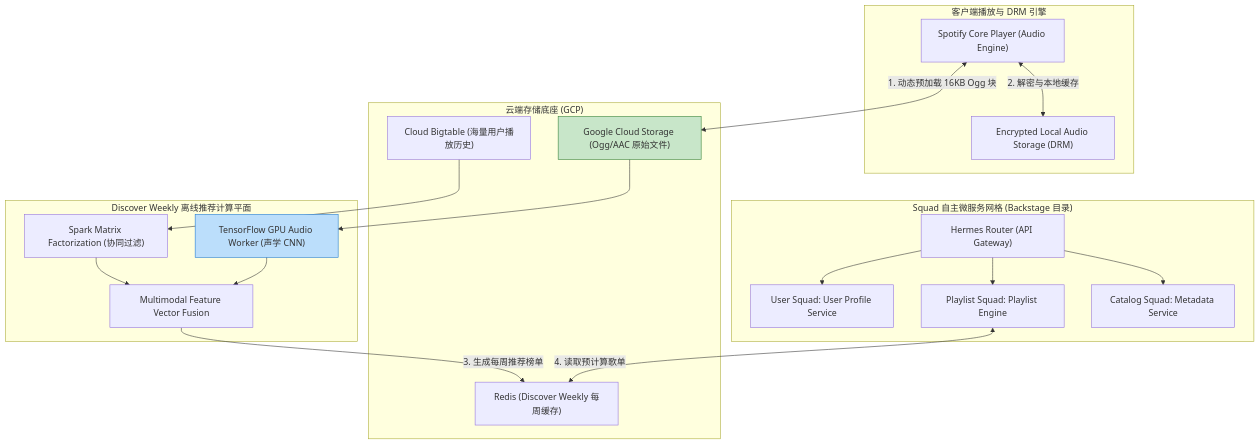
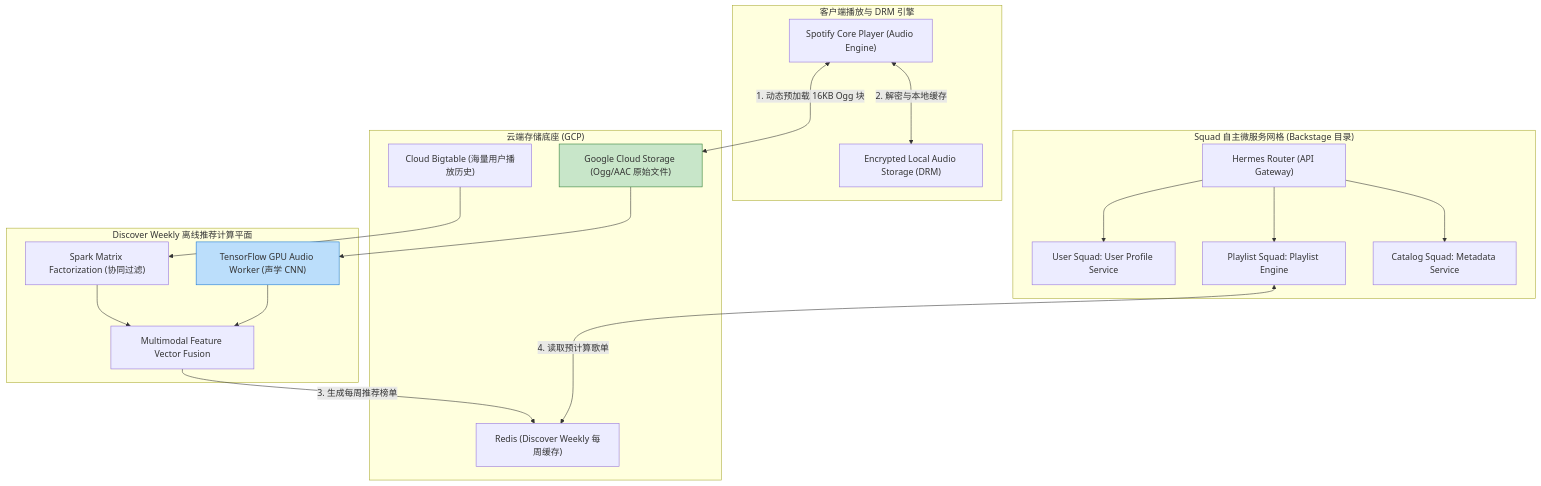
Before and after one commit to koosai/AI-Architect-Learning: the fourth of 6 diagrams in docs/atlas/spotify.mdx, drawn with Mermaid. The commit also changed other lines of this file and 68 other files, not shown here.

Commit message:
fix(atlas): fix browser client-side Mermaid rendering for mindmaps and flowcharts across 67 case studies

````diff
--- a/docs/atlas/spotify.mdx
+++ b/docs/atlas/spotify.mdx
@@ -123,40 +123,40 @@
 ```mermaid
 graph TB
   subgraph ClientLayer["客户端播放与 DRM 引擎"]
     PlayerCore["Spotify Core Player (Audio Engine)"]
     DRMCache["Encrypted Local Audio Storage (DRM)"]
   end
 
   subgraph ServiceGrid["Squad 自主微服务网格 (Backstage 目录)"]
     HermesGateway["Hermes Router (API Gateway)"]
     UserService["User Squad: User Profile Service"]
     PlaylistService["Playlist Squad: Playlist Engine"]
     AudioMetadataService["Catalog Squad: Metadata Service"]
   end
 
   subgraph AIComputePlane["Discover Weekly 离线推荐计算平面"]
     SparkALS["Spark Matrix Factorization (协同过滤)"]
     AudioCNNCluster["TensorFlow GPU Audio Worker (声学 CNN)"]
     VectorMerger["Multimodal Feature Vector Fusion"]
   end
 
   subgraph StorageInfrastructure["云端存储底座 (GCP)"]
     GCSAudio["Google Cloud Storage (Ogg/AAC 原始文件)"]
     BigtableStore["Cloud Bigtable (海量用户播放历史)"]
     RedisRankCache["Redis (Discover Weekly 每周缓存)"]
   end
 
-  PlayerCore <-->|1. 动态预加载 16KB Ogg 块| GCSAudio
-  PlayerCore <-->|2. 解密与本地缓存| DRMCache
+  PlayerCore <--->|1. 动态预加载 16KB Ogg 块| GCSAudio
+  PlayerCore <--->|2. 解密与本地缓存| DRMCache
   
   HermesGateway --> UserService & PlaylistService & AudioMetadataService
   
   BigtableStore --> SparkALS
   GCSAudio --> AudioCNNCluster
   SparkALS & AudioCNNCluster --> VectorMerger
   VectorMerger -->|3. 生成每周推荐榜单| RedisRankCache
-  PlaylistService <-->|4. 读取预计算歌单| RedisRankCache
+  PlaylistService <--->|4. 读取预计算歌单| RedisRankCache
 
   style AudioCNNCluster fill:#bbdefb,stroke:#1976d2
   style GCSAudio fill:#c8e6c9,stroke:#2e7d32
 ```
````
